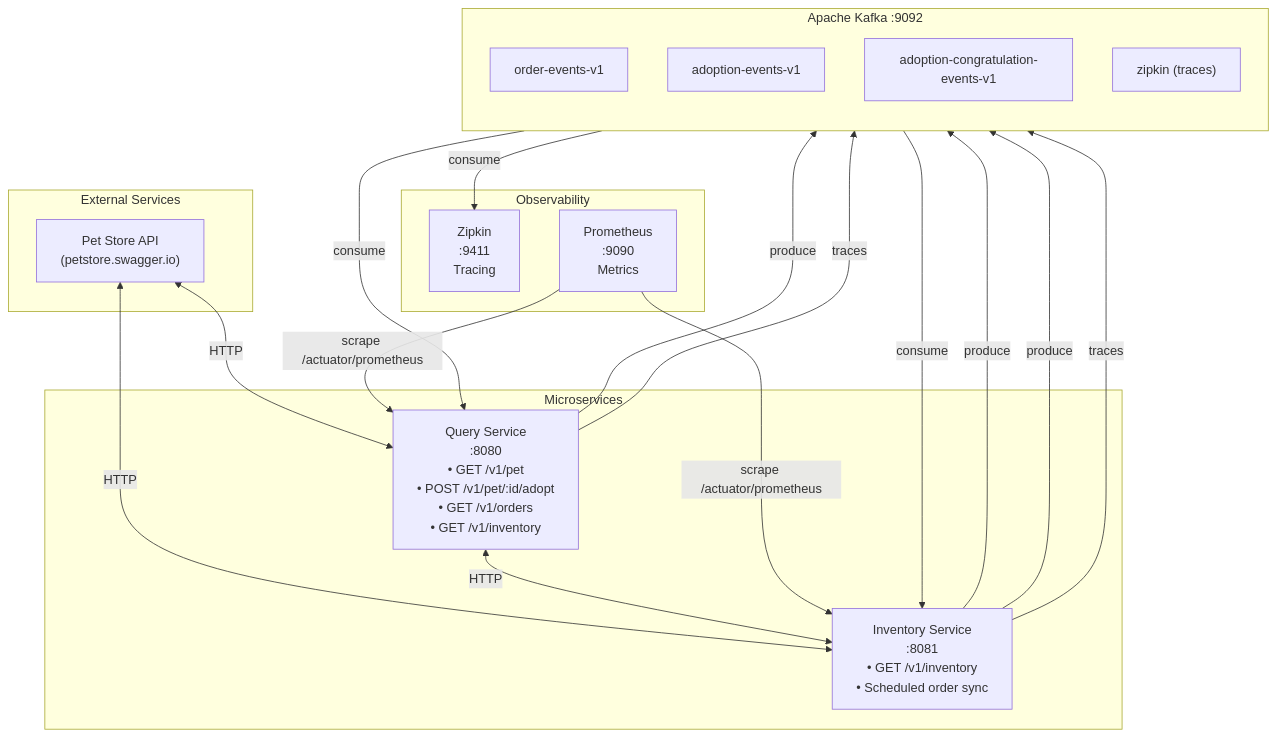
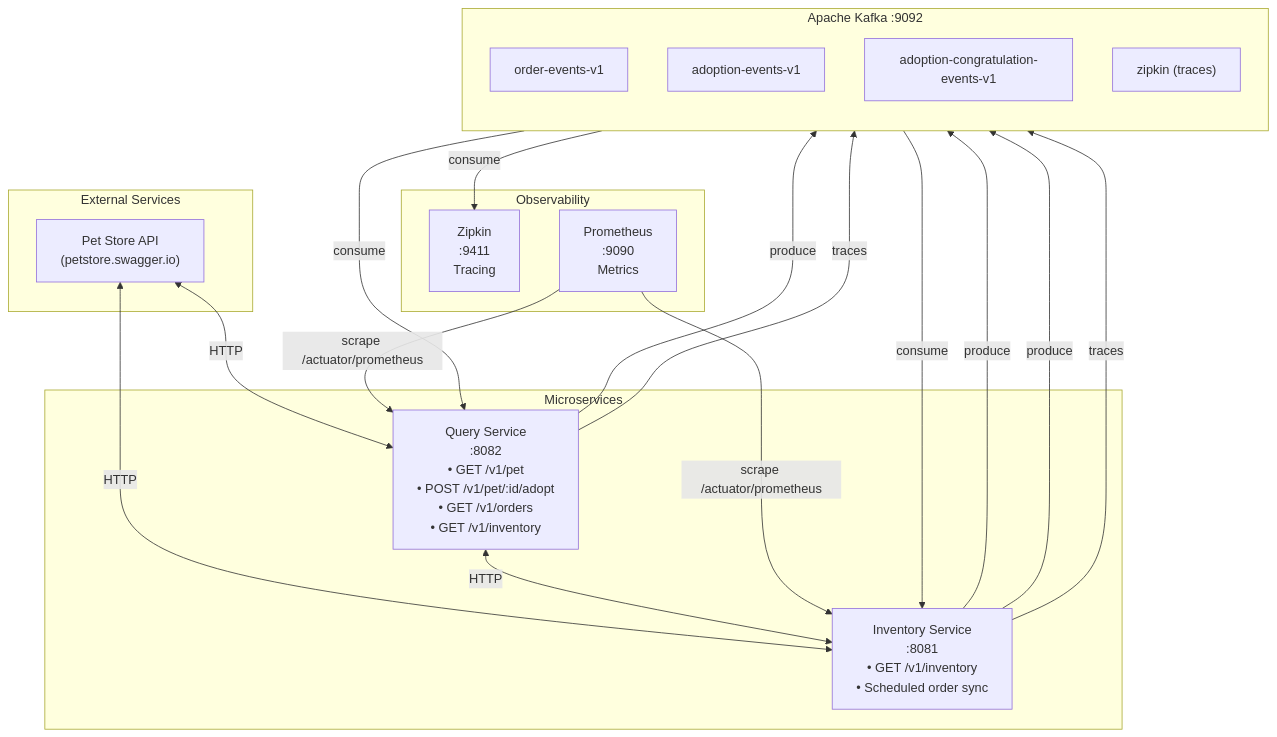
The diagram in README.md (hdmsantander/microservices-ops-demo), drawn with Mermaid before and after one commit. The commit also changed other lines of this file and 3 other files, not shown here.

Commit message:
Bump query microservice port from 8080 to 8082 (inventory stays 8081)

````diff
--- a/README.md
+++ b/README.md
@@ -46,41 +46,41 @@
 ```mermaid
 flowchart TB
     subgraph External["External Services"]
         PetStore["Pet Store API<br/>(petstore.swagger.io)"]
     end
 
     subgraph Microservices["Microservices"]
-        Query["Query Service<br/>:8080<br/>• GET /v1/pet<br/>• POST /v1/pet/:id/adopt<br/>• GET /v1/orders<br/>• GET /v1/inventory"]
+        Query["Query Service<br/>:8082<br/>• GET /v1/pet<br/>• POST /v1/pet/:id/adopt<br/>• GET /v1/orders<br/>• GET /v1/inventory"]
         Inventory["Inventory Service<br/>:8081<br/>• GET /v1/inventory<br/>• Scheduled order sync"]
     end
 
     subgraph Kafka["Apache Kafka :9092"]
         direction TB
         OE["order-events-v1"]
         AE["adoption-events-v1"]
         ACE["adoption-congratulation-events-v1"]
         ZipkinTopic["zipkin (traces)"]
     end
 
     subgraph Observability["Observability"]
         Zipkin["Zipkin<br/>:9411<br/>Tracing"]
         Prometheus["Prometheus<br/>:9090<br/>Metrics"]
     end
 
     PetStore <-->|HTTP| Query
     PetStore <-->|HTTP| Inventory
     Query <-->|HTTP| Inventory
 
     Inventory -->|produce| OE
     OE -->|consume| Query
     Query -->|produce| AE
     AE -->|consume| Inventory
     Inventory -->|produce| ACE
 
     Query -->|traces| ZipkinTopic
     Inventory -->|traces| ZipkinTopic
     ZipkinTopic -->|consume| Zipkin
 
     Prometheus -->|scrape /actuator/prometheus| Query
     Prometheus -->|scrape /actuator/prometheus| Inventory
 ```
````
